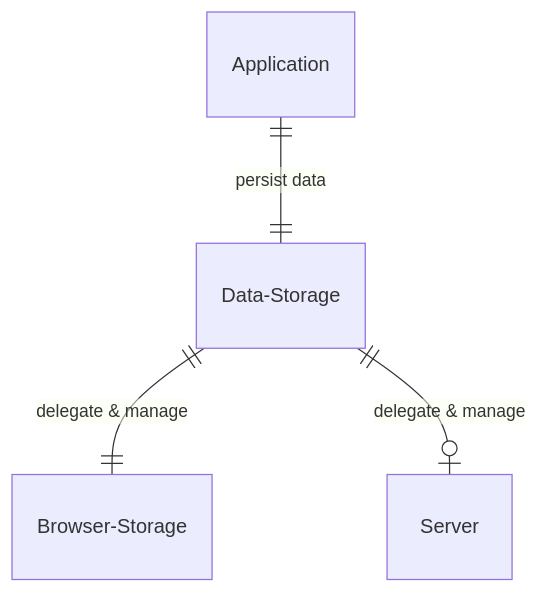
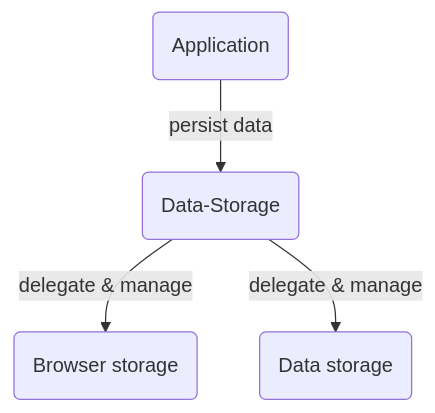
One commit to nerdscoding/mystuffs-doc changed the first of 3 diagrams in docs/system-design.md. Above: the diagram before and after it, drawn with Mermaid.

Commit message:
docs: update data persistent model flowchart

````diff
--- a/docs/system-design.md
+++ b/docs/system-design.md
@@ -9,6 +9,6 @@
 ```mermaid
-erDiagram
-  Application ||--|| Data-Storage : "persist data"
-  Data-Storage ||--|| Browser-Storage : "delegate & manage"
-  Data-Storage ||--o| Server: "delegate & manage"
+flowchart TD
+  A(Application) -- "persist data" --> B(Data-Storage)
+  B -- "delegate & manage" --> C(Browser storage)
+  B -- "delegate & manage" --> D(Data storage)
 ```
````
